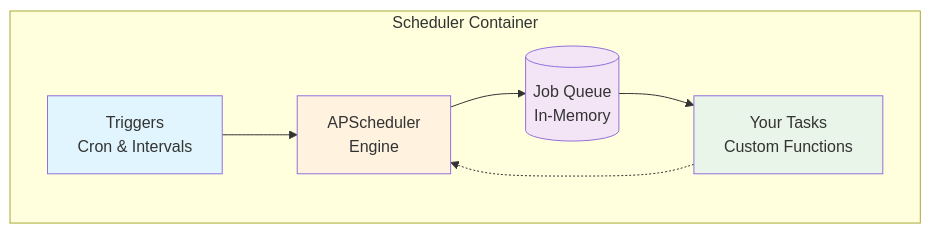
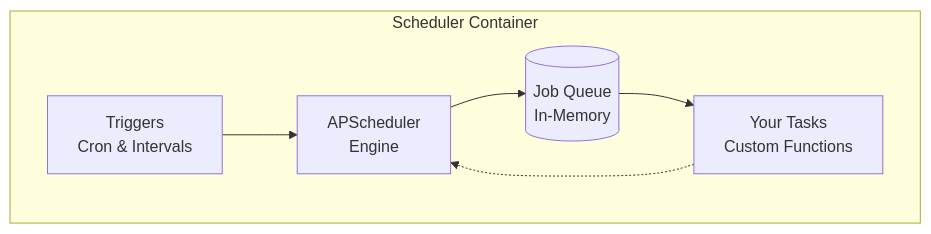
One commit to bhardwajRahul/aegis-stack changed the diagram in docs/components/scheduler.md. Above: the diagram before and after it, drawn with Mermaid. The commit also changed 26 other files, not shown here.

````diff
--- a/docs/components/scheduler.md
+++ b/docs/components/scheduler.md
@@ -26,19 +26,15 @@
 ```mermaid
 graph TB
     subgraph "Scheduler Container"
-        Triggers[Triggers<br/>Cron & Intervals]
-        Scheduler[APScheduler<br/>Engine]
-        Jobs[(Job Queue<br/>In-Memory)]
-        Tasks[Your Tasks<br/>Custom Functions]
+        Triggers["Triggers<br/>Cron & Intervals"]
+        Scheduler["APScheduler<br/>Engine"]
+        Jobs[("Job Queue<br/>In-Memory")]
+        Tasks["Your Tasks<br/>Custom Functions"]
     end
     
     Triggers --> Scheduler
     Scheduler --> Jobs
     Jobs --> Tasks
     Tasks -.-> Scheduler
     
-    style Scheduler fill:#fff3e0
-    style Jobs fill:#f3e5f5
-    style Tasks fill:#e8f5e8
-    style Triggers fill:#e1f5fe
 ```
````
